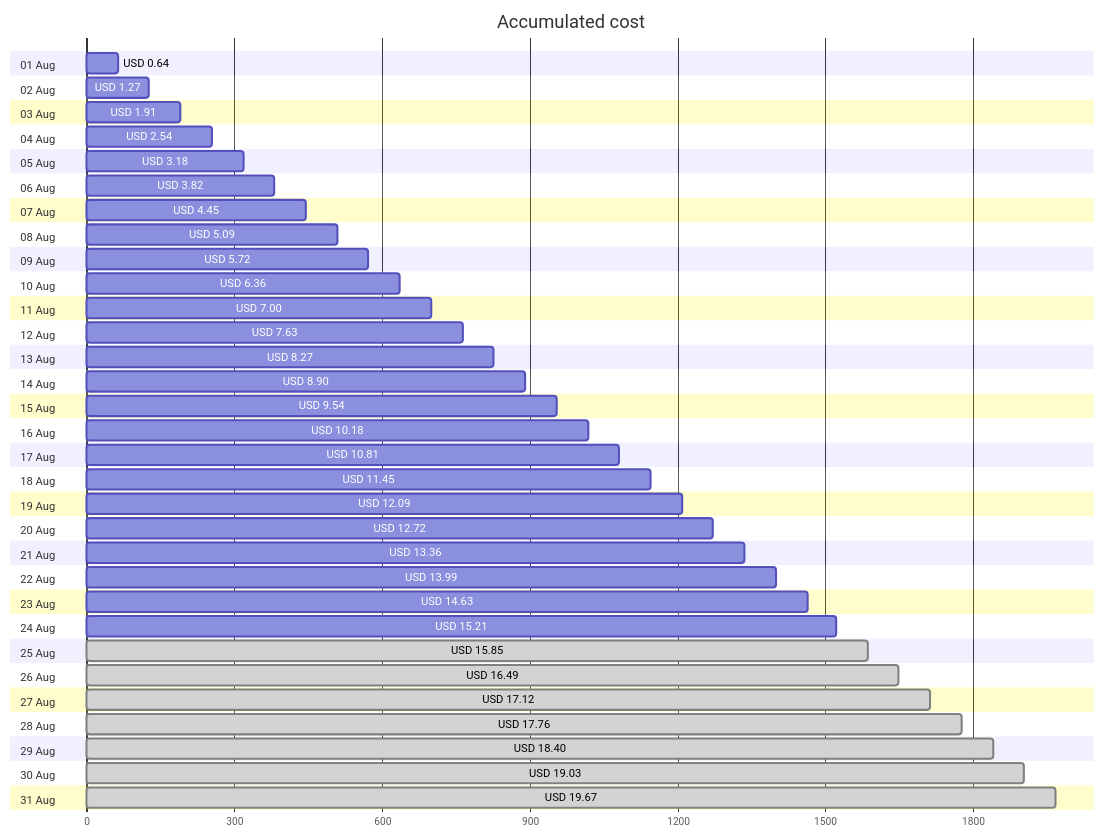
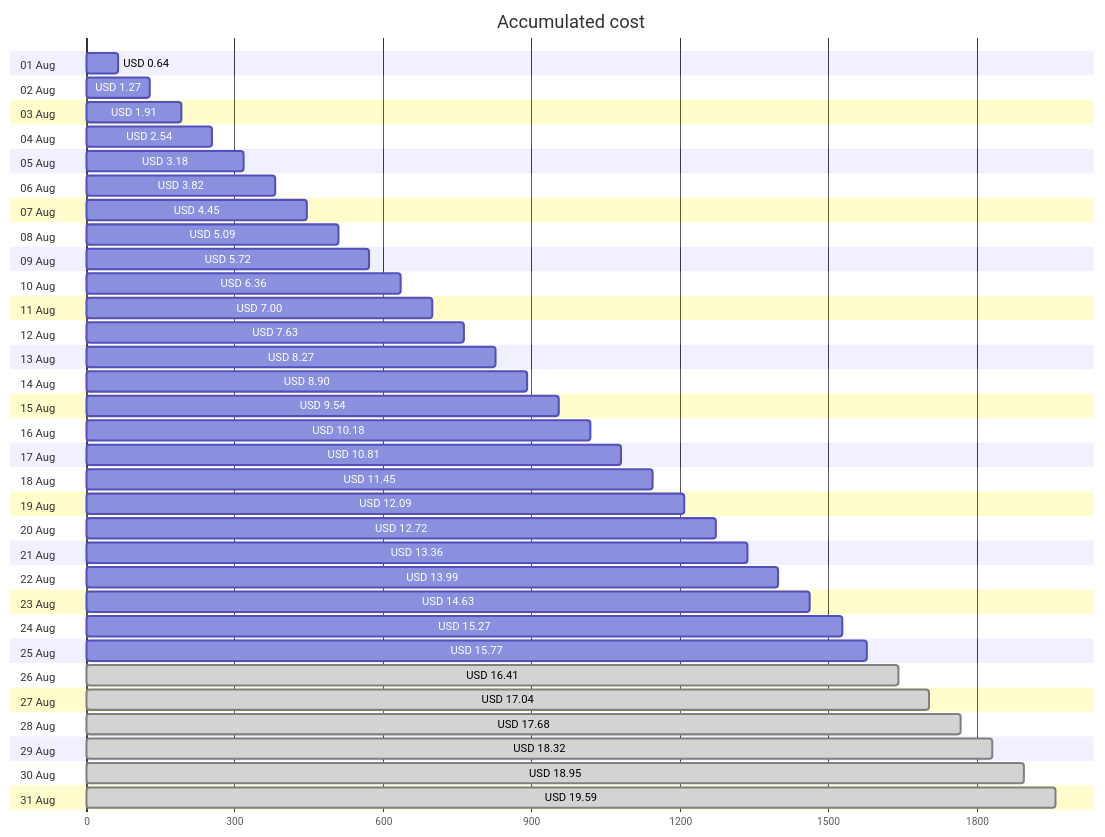
The first of 4 diagrams in cost-reports/accumulated-cost.md (jpfulton/azure-personal-reports), drawn with Mermaid before and after one commit. The commit also changed other lines of this file and 4 other files, not shown here.

````diff
--- a/cost-reports/accumulated-cost.md
+++ b/cost-reports/accumulated-cost.md
@@ -20,68 +20,68 @@
 ```mermaid
 gantt
    title Accumulated cost
    dateFormat  X
    axisFormat %s
    section 01 Aug
    USD 0.64 :0, 64
    section 02 Aug
    USD 1.27 :0, 127
    section 03 Aug
    USD 1.91 :0, 191
    section 04 Aug
    USD 2.54 :0, 254
    section 05 Aug
    USD 3.18 :0, 318
    section 06 Aug
    USD 3.82 :0, 382
    section 07 Aug
    USD 4.45 :0, 445
    section 08 Aug
    USD 5.09 :0, 509
    section 09 Aug
    USD 5.72 :0, 572
    section 10 Aug
    USD 6.36 :0, 636
    section 11 Aug
    USD 7.00 :0, 700
    section 12 Aug
    USD 7.63 :0, 763
    section 13 Aug
    USD 8.27 :0, 827
    section 14 Aug
    USD 8.90 :0, 890
    section 15 Aug
    USD 9.54 :0, 954
    section 16 Aug
    USD 10.18 :0, 1018
    section 17 Aug
    USD 10.81 :0, 1081
    section 18 Aug
    USD 11.45 :0, 1145
    section 19 Aug
    USD 12.09 :0, 1209
    section 20 Aug
    USD 12.72 :0, 1272
    section 21 Aug
    USD 13.36 :0, 1336
    section 22 Aug
    USD 13.99 :0, 1399
    section 23 Aug
    USD 14.63 :0, 1463
    section 24 Aug
-   USD 15.21 :0, 1521
+   USD 15.27 :0, 1527
    section 25 Aug
-   USD 15.85 : done, 0, 1585
+   USD 15.77 :0, 1577
    section 26 Aug
-   USD 16.49 : done, 0, 1649
+   USD 16.41 : done, 0, 1641
    section 27 Aug
-   USD 17.12 : done, 0, 1712
+   USD 17.04 : done, 0, 1704
    section 28 Aug
-   USD 17.76 : done, 0, 1776
+   USD 17.68 : done, 0, 1768
    section 29 Aug
-   USD 18.40 : done, 0, 1840
+   USD 18.32 : done, 0, 1832
    section 30 Aug
-   USD 19.03 : done, 0, 1903
+   USD 18.95 : done, 0, 1895
    section 31 Aug
-   USD 19.67 : done, 0, 1967
+   USD 19.59 : done, 0, 1959
 ```
````
